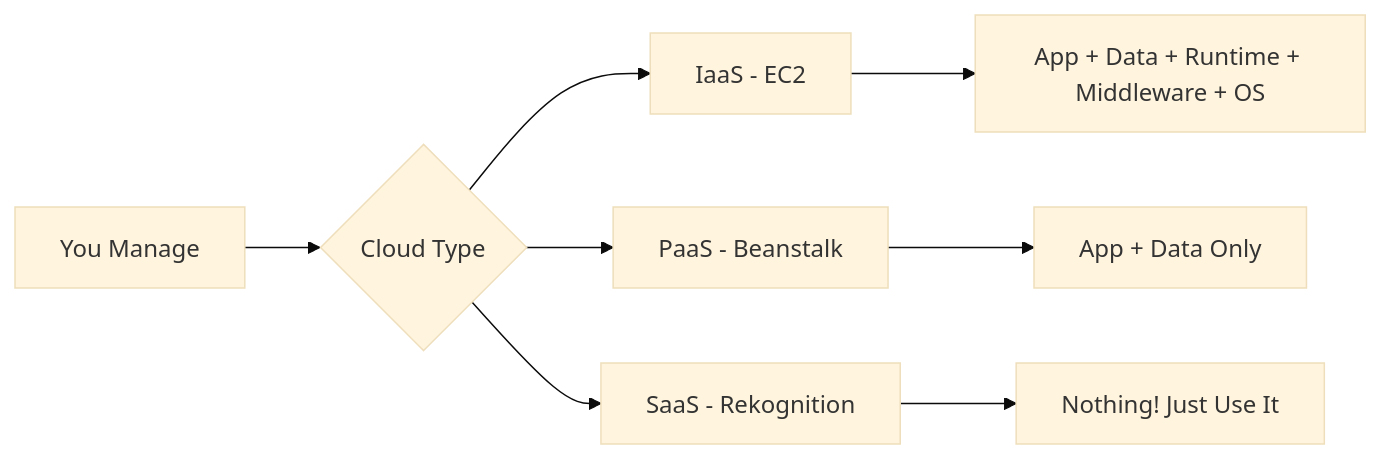
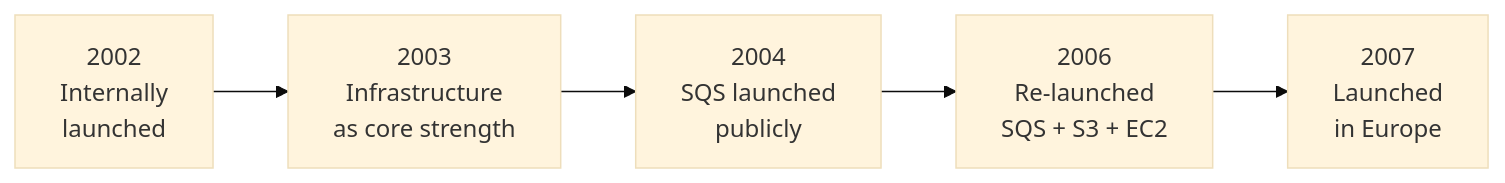
The eighth of 20 diagrams in Aws practitioner/aws_domain1_cloud_concepts.md (muhammad-khaled-tech/My-Study-Notes), drawn with Mermaid (base theme) before and after one commit. The commit also changed other lines of this file and 3 other files, not shown here.

````diff
--- a/Aws practitioner/aws_domain1_cloud_concepts.md
+++ b/Aws practitioner/aws_domain1_cloud_concepts.md
@@ -419,10 +385,6 @@
 ```mermaid
-graph LR
-    A[You Manage] --> B{Cloud Type}
-    B --> C[IaaS - EC2]
-    B --> D[PaaS - Beanstalk]
-    B --> E[SaaS - Rekognition]
-    C --> C1[App + Data + Runtime + Middleware + OS]
-    D --> D1[App + Data Only]
-    E --> E1[Nothing! Just Use It]
+flowchart LR
+    A[2002<br/>Internally<br/>launched] --> B[2003<br/>Infrastructure<br/>as core strength]
+    B --> C[2004<br/>SQS launched<br/>publicly] --> D[2006<br/>Re-launched<br/>SQS + S3 + EC2]
+    D --> E[2007<br/>Launched<br/>in Europe]
 ```
````
